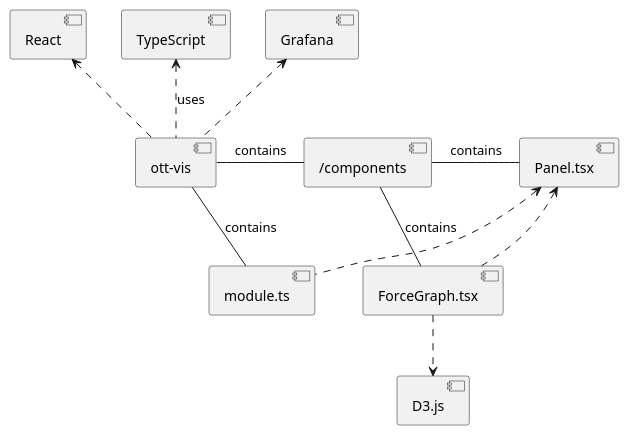
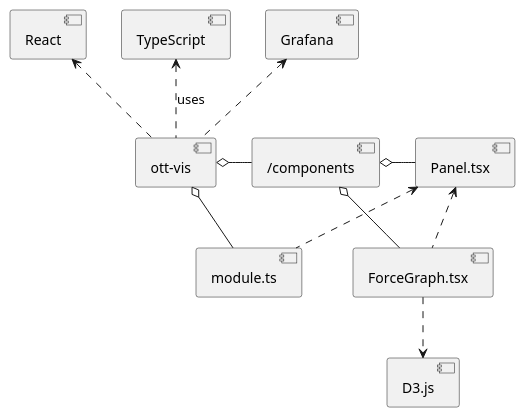
The diagram in figures/vis/visualization-component.puml (dyc3/senior-design), drawn with PlantUML before and after one commit. The commit also changed 5 other files, not shown here.

First line of the commit message:
change to visualization-component diagram (#261)

```diff
--- a/figures/vis/visualization-component.puml
+++ b/figures/vis/visualization-component.puml
@@ -1,12 +1,12 @@
 @startuml
 [React] <.. [ott-vis]
 [TypeScript] <.. [ott-vis] : uses
 [Grafana] <.. [ott-vis]
-[ott-vis] - [/components] : contains
-[ott-vis] - [module.ts] : contains
-[/components] - [Panel.tsx] : contains
-[/components] - [ForceGraph.tsx] : contains
+[ott-vis] o- [/components]
+[ott-vis] o- [module.ts]
+[/components] o- [Panel.tsx]
+[/components] o- [ForceGraph.tsx]
 [Panel.tsx] <.. [ForceGraph.tsx]
 [Panel.tsx] <.. [module.ts]
 [ForceGraph.tsx] ..> [D3.js]
 @enduml
```
